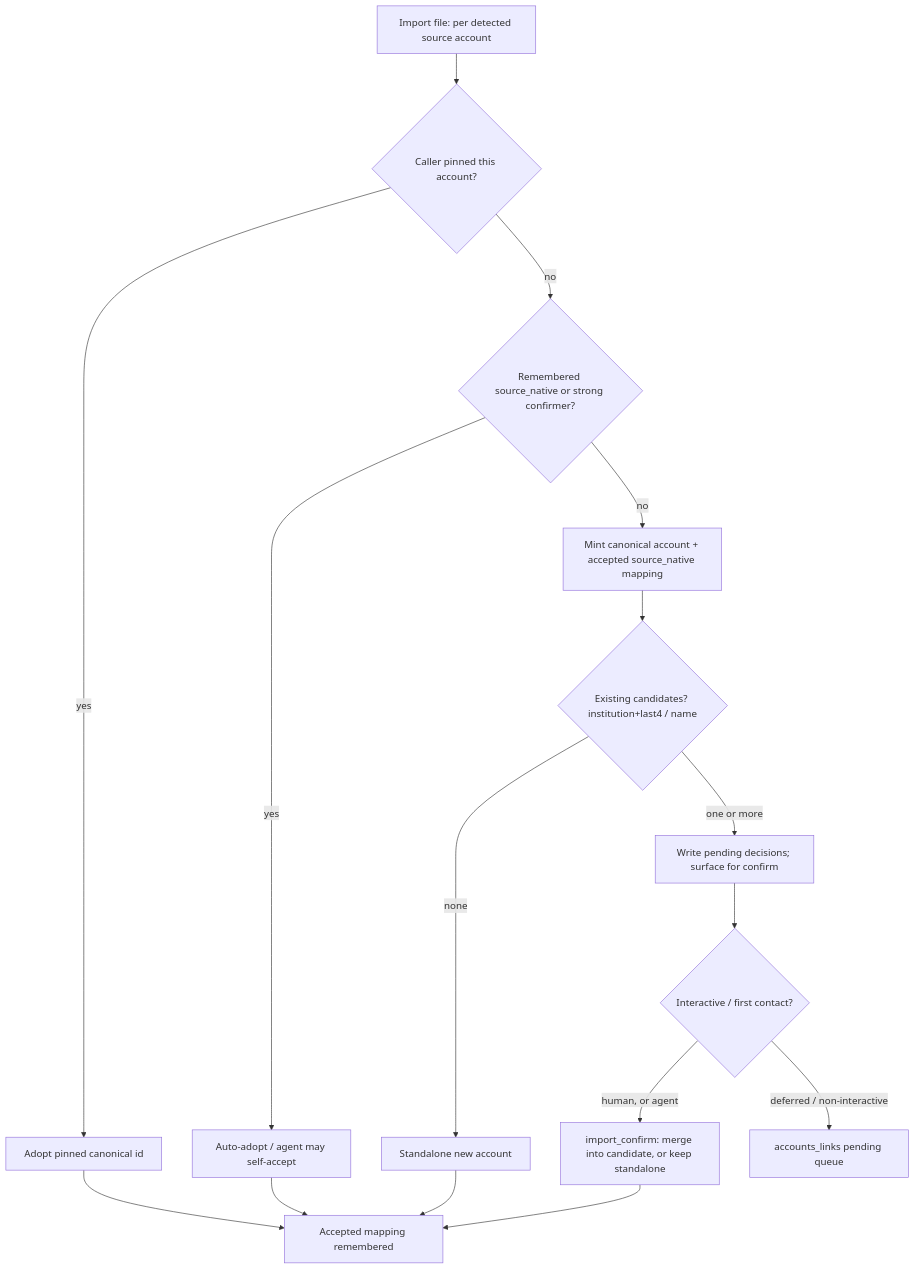
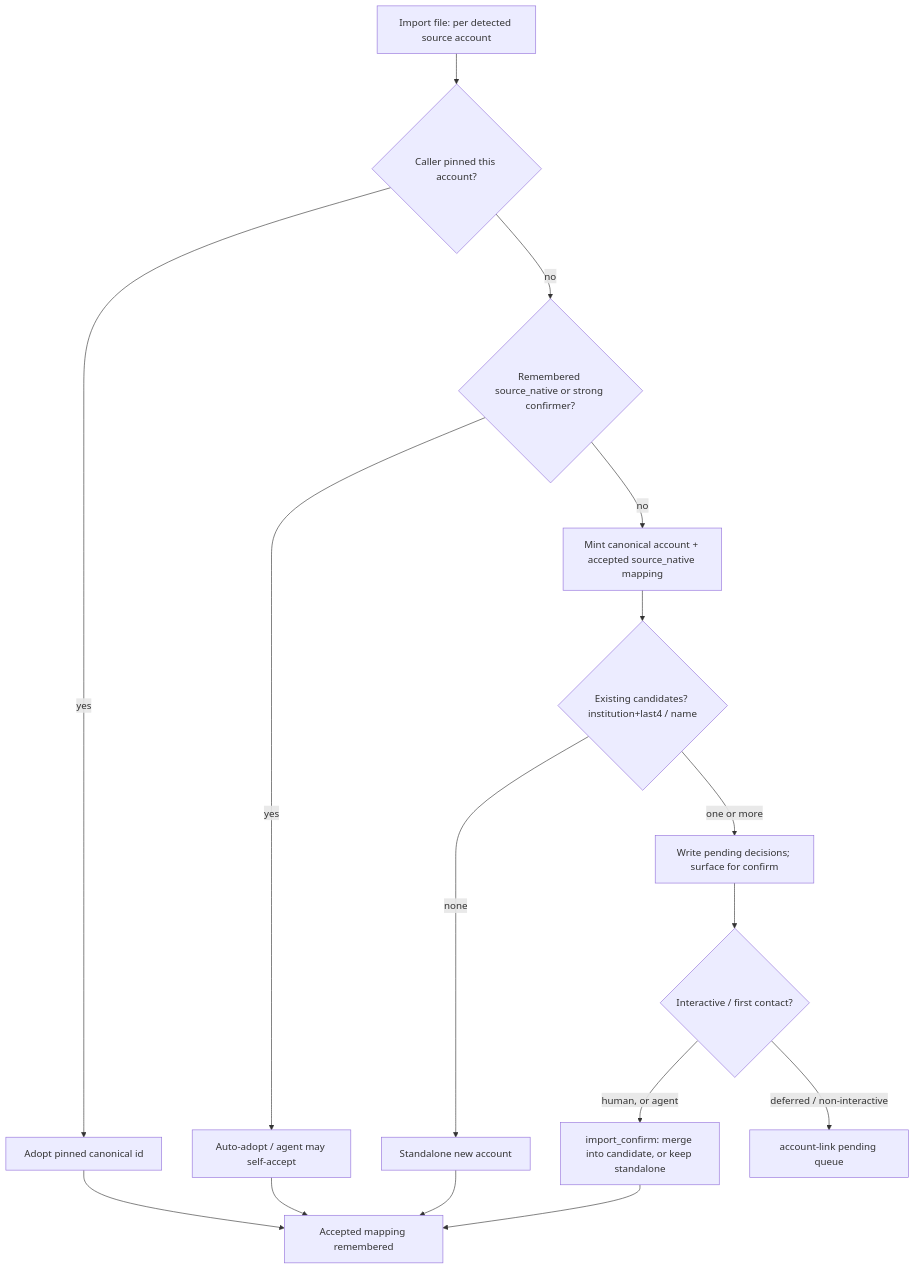
One commit to bsaffel/moneybin changed the diagram in docs/specs/account-identity-resolution.md. Above: the diagram before and after it, drawn with Mermaid. The commit also changed other lines of this file and 88 other files, not shown here.

````diff
--- a/docs/specs/account-identity-resolution.md
+++ b/docs/specs/account-identity-resolution.md
@@ -516,18 +521,18 @@
 ```mermaid
 flowchart TD
     A[Import file: per detected source account] --> B{Caller pinned this account?}
     B -->|yes| ADOPT[Adopt pinned canonical id]
     B -->|no| C{Remembered source_native or strong confirmer?}
     C -->|yes| AUTO[Auto-adopt / agent may self-accept]
     C -->|no| MINT[Mint canonical account + accepted source_native mapping]
     MINT --> D{Existing candidates? institution+last4 / name}
     D -->|none| STANDALONE[Standalone new account]
     D -->|one or more| PROPOSE[Write pending decisions; surface for confirm]
     PROPOSE --> E{Interactive / first contact?}
     E -->|human, or agent| CONFIRM[import_confirm: merge into candidate, or keep standalone]
-    E -->|deferred / non-interactive| QUEUE[accounts_links pending queue]
+    E -->|deferred / non-interactive| QUEUE[account-link pending queue]
     ADOPT --> REMEMBER[Accepted mapping remembered]
     AUTO --> REMEMBER
     STANDALONE --> REMEMBER
     CONFIRM --> REMEMBER
 ```
````
